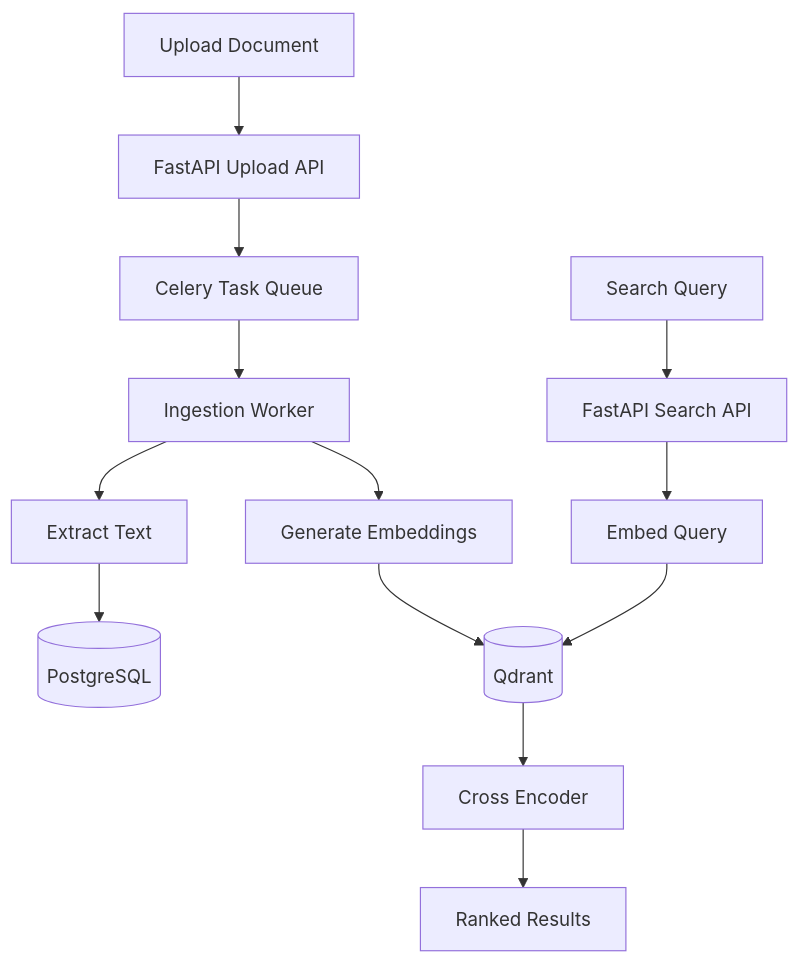
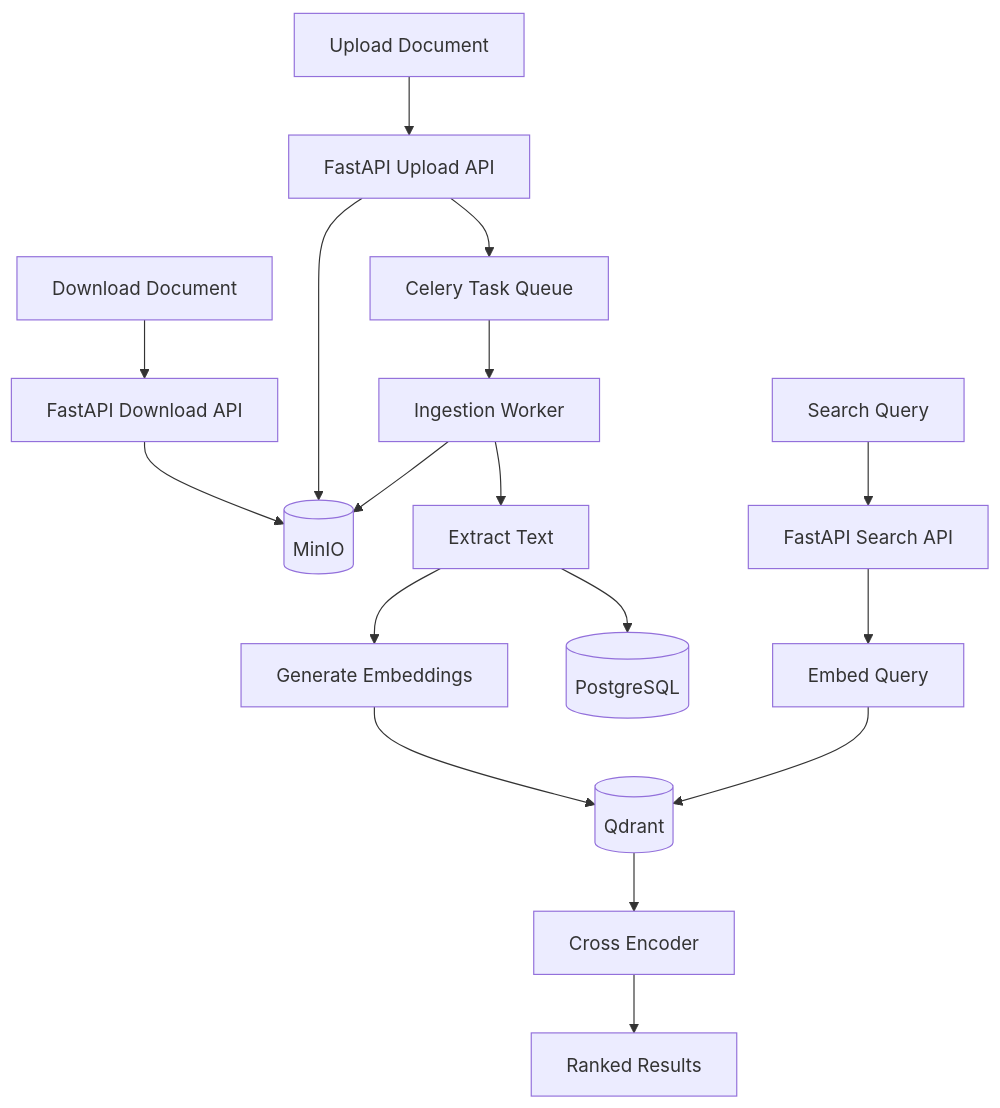
The diagram in README.md (akramdevstuffs/SIH_RAG), drawn with Mermaid before and after one commit. The commit also changed other lines of this file, not shown here.

Commit message:
Revise README with MinIO integration details
Updated architecture diagram and retrieval pipeline steps to include MinIO for file storage and clarified the process of downloading files.

````diff
--- a/README.md
+++ b/README.md
@@ -33,18 +33,25 @@
 ```mermaid
 flowchart TD
+    O[Download Document] --> P[FastAPI Download API]
+    P --> C[(MinIO)]
+
     A[Upload Document] --> B[FastAPI Upload API]
-    B --> C[Celery Task Queue]
-    C --> D[Ingestion Worker]
 
-    D --> E[Extract Text]
-    D --> F[Generate Embeddings]
+    B --> C
+    B --> D[Celery Task Queue]
 
-    E --> G[(PostgreSQL)]
-    F --> H[(Qdrant)]
+    D --> E[Ingestion Worker]
 
-    I[Search Query] --> J[FastAPI Search API]
-    J --> K[Embed Query]
-    K --> H
-    H --> L[Cross Encoder]
-    L --> M[Ranked Results]
+    E --> C
+    E --> F[Extract Text]
+    F --> G[Generate Embeddings]
+
+    F --> H[(PostgreSQL)]
+    G --> I[(Qdrant)]
+
+    J[Search Query] --> K[FastAPI Search API]
+    K --> L[Embed Query]
+    L --> I
+    I --> M[Cross Encoder]
+    M --> N[Ranked Results]
 ```
````
